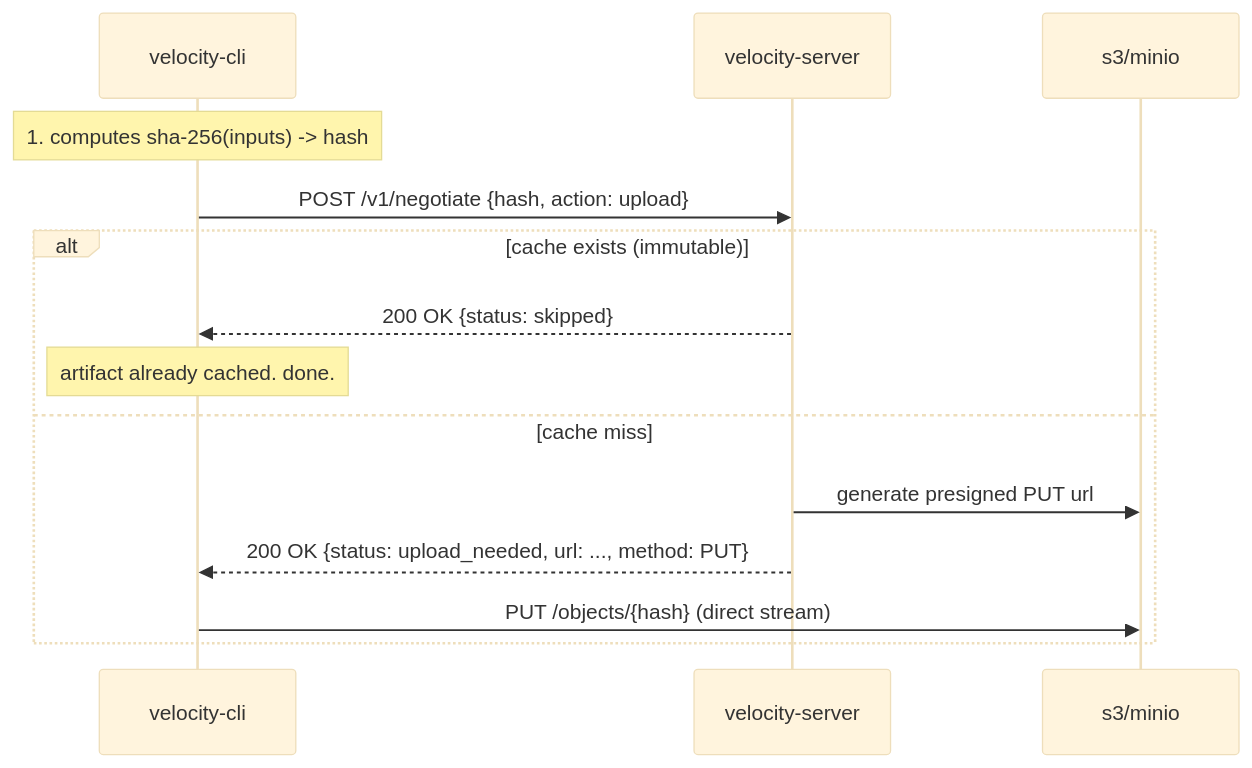
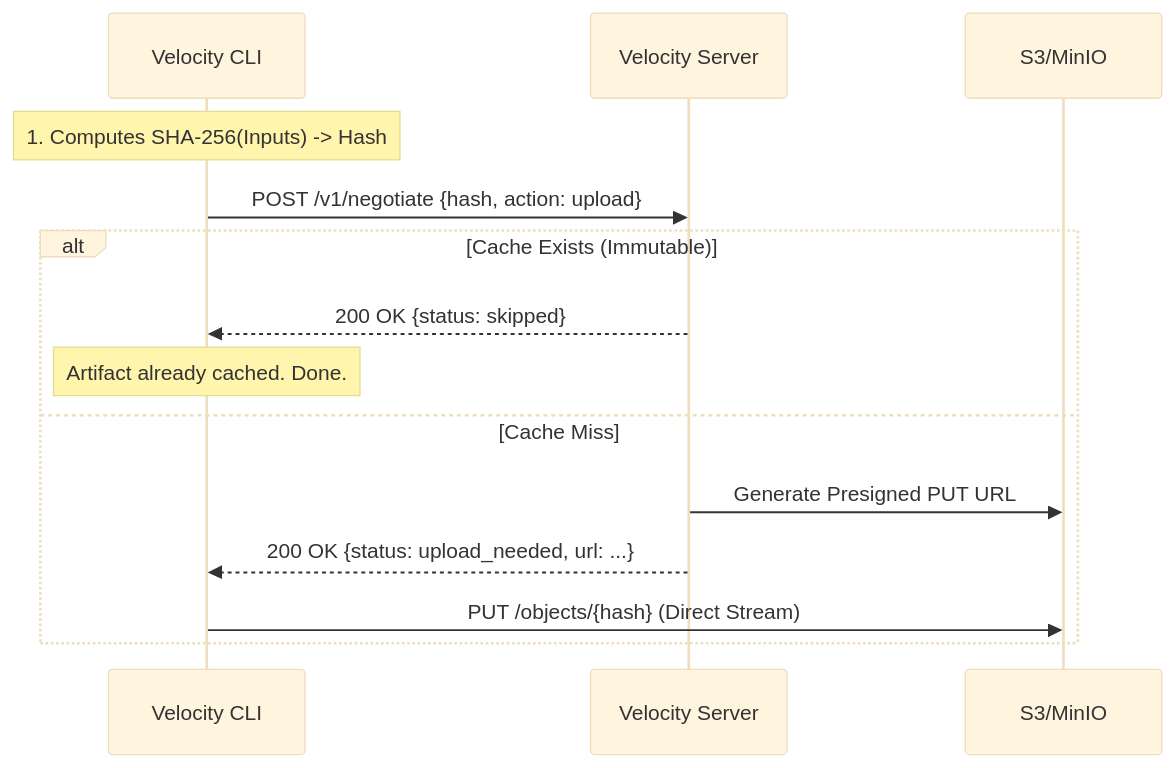
Before and after one commit to bit2swaz/velocity-cache: the diagram in README.md, drawn with Mermaid (base theme). The commit also changed other lines of this file and 7 other files, not shown here.

````diff
--- a/README.md
+++ b/README.md
@@ -28,19 +37,19 @@
 ```mermaid
 sequenceDiagram
-    participant cli as velocity-cli
-    participant server as velocity-server
-    participant s3 as s3/minio
+    participant cli as Velocity CLI
+    participant server as Velocity Server
+    participant s3 as S3/MinIO
 
-    Note over cli: 1. computes sha-256(inputs) -> hash
+    Note over cli: 1. Computes SHA-256(Inputs) -> Hash
 
     cli->>server: POST /v1/negotiate {hash, action: upload}
     
-    alt cache exists (immutable)
+    alt Cache Exists (Immutable)
         server-->>cli: 200 OK {status: skipped}
-        Note over cli: artifact already cached. done.
-    else cache miss
-        server->>s3: generate presigned PUT url
-        server-->>cli: 200 OK {status: upload_needed, url: ..., method: PUT}
-        cli->>s3: PUT /objects/{hash} (direct stream)
+        Note over cli: Artifact already cached. Done.
+    else Cache Miss
+        server->>s3: Generate Presigned PUT URL
+        server-->>cli: 200 OK {status: upload_needed, url: ...}
+        cli->>s3: PUT /objects/{hash} (Direct Stream)
     end
 ```
````
